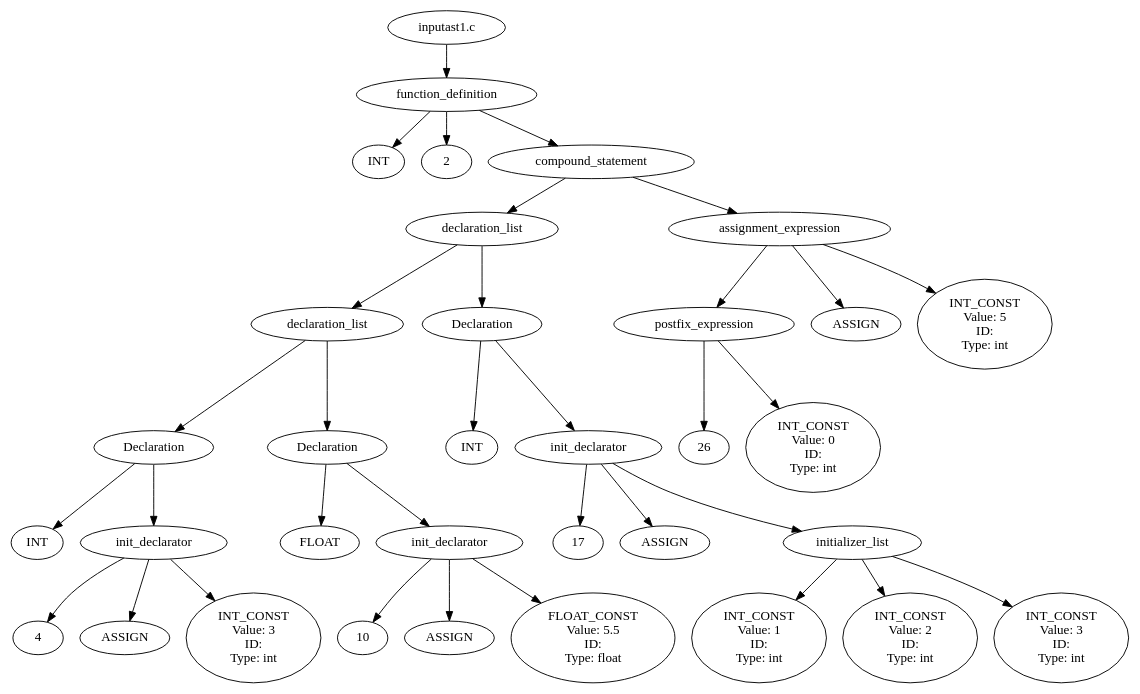
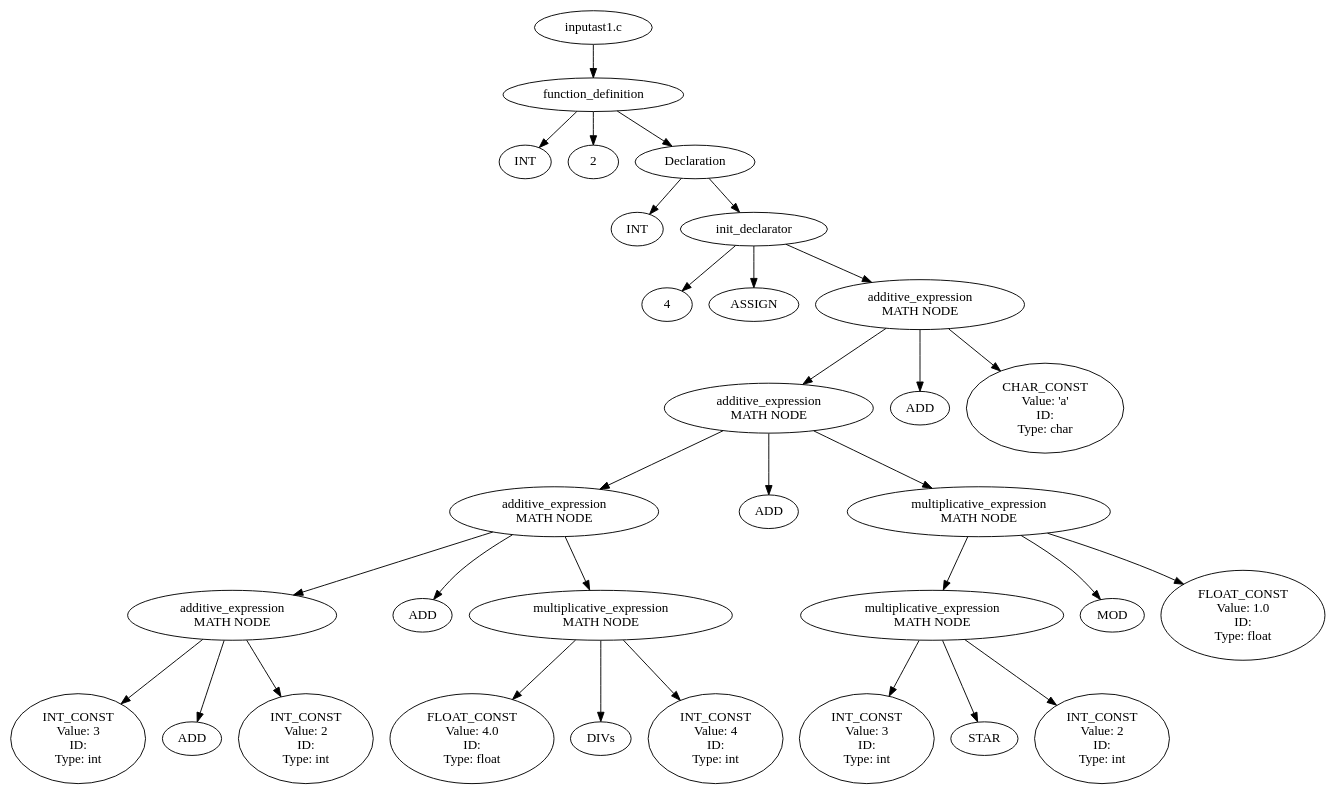
One commit to matthewbeck1998/bgp changed the diagram in bgp/output/treeOut.dot. Above: the diagram before and after it, drawn with Graphviz. The commit also changed 3 other files, not shown here.

```diff
--- a/bgp/output/treeOut.dot
+++ b/bgp/output/treeOut.dot
@@ -1,85 +1,92 @@
 digraph G {
 0[label = "input\ast1.c"];
-0 -> 33
-33[label = "function_definition"];
-33 -> 1
+0 -> 30
+30[label = "function_definition"];
+30 -> 1
 1[label = "INT"];
-33 -> 2
-33 -> 32
-32[label = "compound_statement"];
-32 -> 25
-25[label = "declaration_list"];
-25 -> 15
-15[label = "declaration_list"];
-15 -> 8
-8[label = "Declaration"];
-8 -> 3
+30 -> 2
+30 -> 29
+29[label = "Declaration"];
+29 -> 3
 3[label = "INT"];
-8 -> 6
-6[label = "init_declarator"];
-6 -> 4
-6 -> 7
-7[label = "ASSIGN"];
-6 -> 5
+29 -> 27
+27[label = "init_declarator"];
+27 -> 4
+27 -> 28
+28[label = "ASSIGN"];
+27 -> 26
+26[label = "additive_expression
+MATH NODE"];
+26 -> 23
+23[label = "additive_expression
+MATH NODE"];
+23 -> 14
+14[label = "additive_expression
+MATH NODE"];
+14 -> 8
+8[label = "additive_expression
+MATH NODE"];
+8 -> 5
 5[label = "INT_CONST
 Value: 3
 ID: 
 Type: int"];
-15 -> 14
-14[label = "Declaration"];
-14 -> 9
-9[label = "FLOAT"];
-14 -> 12
-12[label = "init_declarator"];
-12 -> 10
-12 -> 13
-13[label = "ASSIGN"];
-12 -> 11
-11[label = "FLOAT_CONST
-Value: 5.5
-ID: 
-Type: float"];
-25 -> 24
-24[label = "Declaration"];
-24 -> 16
-16[label = "INT"];
-24 -> 22
-22[label = "init_declarator"];
-22 -> 17
-22 -> 23
-23[label = "ASSIGN"];
-22 -> 19
-19[label = "initializer_list"];
-19 -> 18
-18[label = "INT_CONST
-Value: 1
-ID: 
-Type: int"];
-19 -> 20
-20[label = "INT_CONST
+8 -> 7
+7[label = "ADD"];
+8 -> 6
+6[label = "INT_CONST
 Value: 2
 ID: 
 Type: int"];
-19 -> 21
-21[label = "INT_CONST
+14 -> 13
+13[label = "ADD"];
+14 -> 12
+12[label = "multiplicative_expression
+MATH NODE"];
+12 -> 9
+9[label = "FLOAT_CONST
+Value: 4.0
+ID: 
+Type: float"];
+12 -> 11
+11[label = "DIVs"];
+12 -> 10
+10[label = "INT_CONST
+Value: 4
+ID: 
+Type: int"];
+23 -> 22
+22[label = "ADD"];
+23 -> 21
+21[label = "multiplicative_expression
+MATH NODE"];
+21 -> 18
+18[label = "multiplicative_expression
+MATH NODE"];
+18 -> 15
+15[label = "INT_CONST
 Value: 3
 ID: 
 Type: int"];
-32 -> 31
-31[label = "assignment_expression"];
-31 -> 28
-28[label = "postfix_expression"];
-28 -> 26
-28 -> 27
-27[label = "INT_CONST
-Value: 0
+18 -> 17
+17[label = "STAR"];
+18 -> 16
+16[label = "INT_CONST
+Value: 2
 ID: 
 Type: int"];
-31 -> 29
-29[label = "ASSIGN"];
-31 -> 30
-30[label = "INT_CONST
-Value: 5
+21 -> 20
+20[label = "MOD"];
+21 -> 19
+19[label = "FLOAT_CONST
+Value: 1.0
 ID: 
-Type: int"];
+Type: float"];
+26 -> 25
+25[label = "ADD"];
+26 -> 24
+24[label = "CHAR_CONST
+Value: 'a'
+ID: 
+Type: char"];
 }
```
